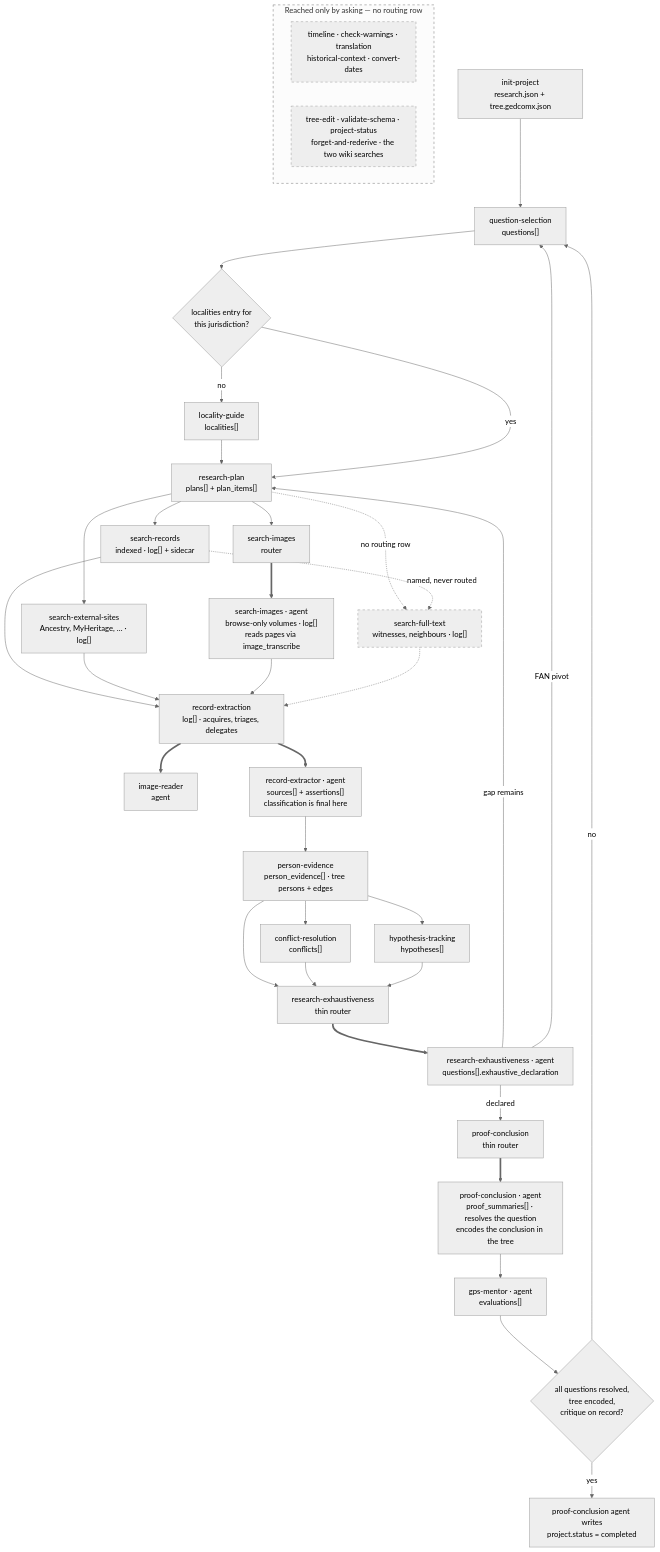
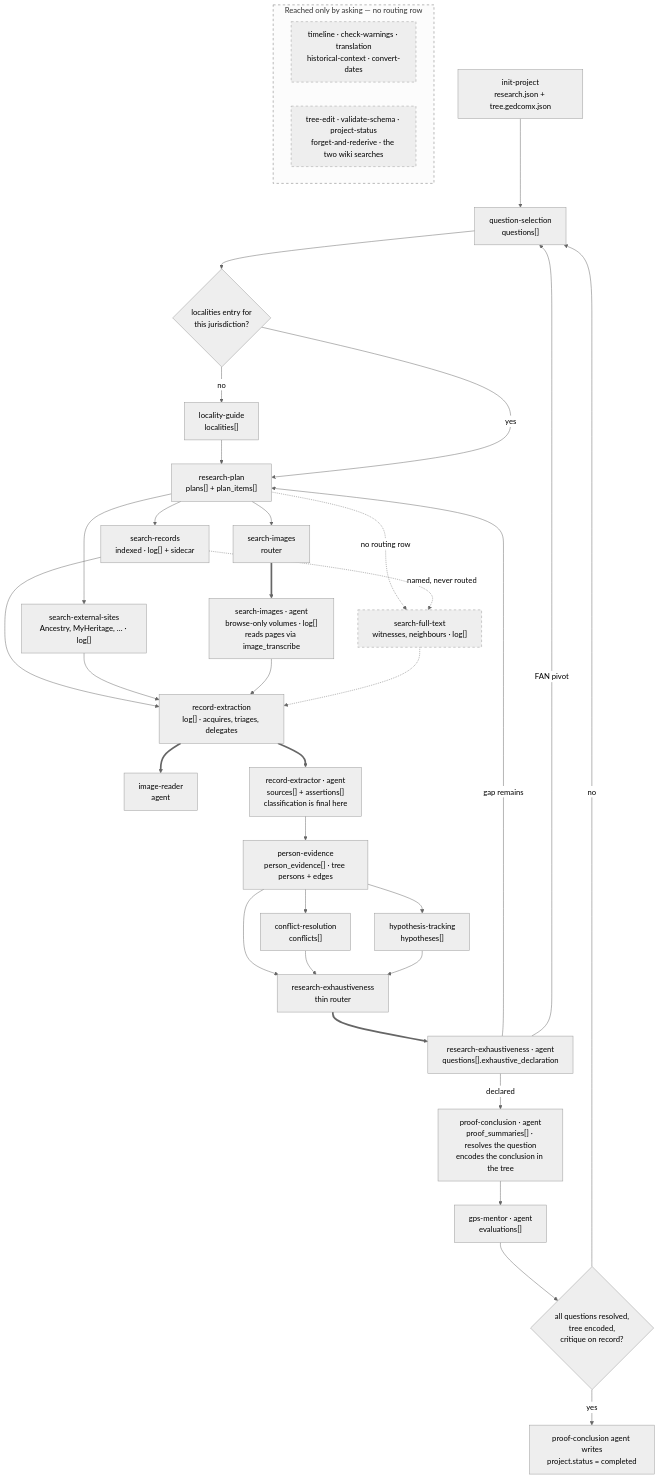
Before and after one commit to PioneerAIAcademy/cowork-genealogy: the diagram in docs/skill-dataflow.md, drawn with Mermaid (neutral theme). The commit also changed other lines of this file and 33 other files, not shown here.

First line of the commit message:
proof-conclusion: delete the routing skill, convert its suite to delegation (#2822)

````diff
--- a/docs/skill-dataflow.md
+++ b/docs/skill-dataflow.md
@@ -58,53 +61,52 @@
 ```mermaid
 flowchart TD
     IP["init-project<br/>research.json + tree.gedcomx.json"] --> QS
     QS["question-selection<br/>questions[]"] --> LOCGATE
     LOCGATE{"localities entry for<br/>this jurisdiction?"}
     LOCGATE -- no --> LG["locality-guide<br/>localities[]"] --> RP
     LOCGATE -- yes --> RP["research-plan<br/>plans[] + plan_items[]"]
 
     RP --> SR["search-records<br/>indexed · log[] + sidecar"]
     RP --> SE["search-external-sites<br/>Ancestry, MyHeritage, … · log[]"]
     RP --> SI["search-images<br/>router"]
     RP -.->|"no routing row"| SF["search-full-text<br/>witnesses, neighbours · log[]"]
     SR -.->|"named, never routed"| SF
 
     SI ==> SIA["search-images · agent<br/>browse-only volumes · log[]<br/>reads pages via image_transcribe"]
     RE ==> IR["image-reader<br/>agent"]
 
     SR --> RE
     SE --> RE
     SIA --> RE
     SF -.-> RE
     RE["record-extraction<br/>log[] · acquires, triages, delegates"]
     RE ==> RX["record-extractor · agent<br/>sources[] + assertions[]<br/>classification is final here"]
 
     RX --> PE["person-evidence<br/>person_evidence[] · tree persons + edges"]
     PE --> CR["conflict-resolution<br/>conflicts[]"]
     PE --> HT["hypothesis-tracking<br/>hypotheses[]"]
     PE --> EX
     CR --> EX
     HT --> EX
 
     EX["research-exhaustiveness<br/>thin router"]
     EX ==> EXA["research-exhaustiveness · agent<br/>questions[].exhaustive_declaration"]
     EXA -- "gap remains" --> RP
     EXA -- "FAN pivot" --> QS
-    EXA -- "declared" --> PC
+    EXA -- "declared" --> PCA
 
-    PC["proof-conclusion<br/>thin router"]
-    PC ==> PCA["proof-conclusion · agent<br/>proof_summaries[] · resolves the question<br/>encodes the conclusion in the tree"]
+    PCA["proof-conclusion · agent<br/>proof_summaries[] · resolves the question<br/>encodes the conclusion in the tree"]
     PCA --> GM["gps-mentor · agent<br/>evaluations[]"]
     GM --> GATE{"all questions resolved,<br/>tree encoded,<br/>critique on record?"}
     GATE -- no --> QS
     GATE -- yes --> DONE["proof-conclusion agent writes<br/>project.status = completed"]
 
     subgraph ASK ["Reached only by asking — no routing row"]
         direction LR
         U1["timeline · check-warnings · translation<br/>historical-context · convert-dates"]
         U2["tree-edit · validate-schema · project-status<br/>forget-and-rederive · the two wiki searches"]
     end
 
     classDef unrouted stroke-dasharray: 5 5
     class SF,ASK,U1,U2 unrouted
 ```
````
